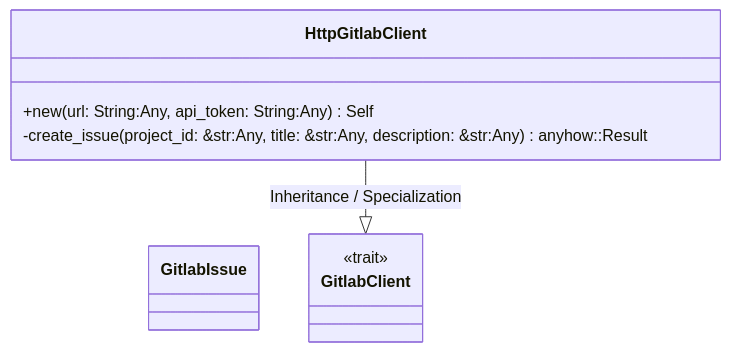
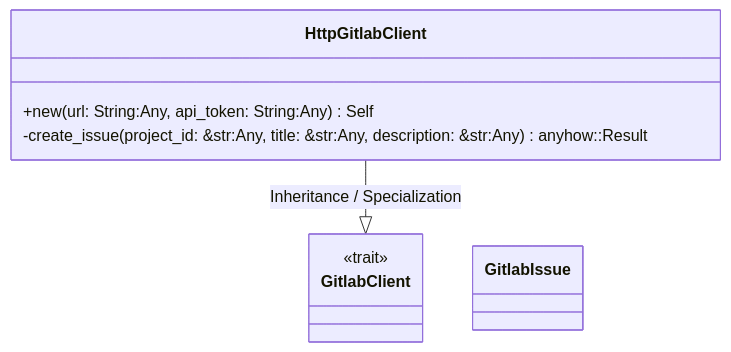
The first of 2 diagrams in openwiki/crates_factory-infrastructure_src_gitlab_rs.md (lgcorzo/rust_CACD_autonomous_factory), drawn with Mermaid before and after one commit. The commit also changed other lines of this file and 78 other files, not shown here.

````diff
--- a/openwiki/crates_factory-infrastructure_src_gitlab_rs.md
+++ b/openwiki/crates_factory-infrastructure_src_gitlab_rs.md
@@ -140,15 +140,15 @@
 ```mermaid
 classDiagram
     direction BT
-    class GitlabIssue {
-    }
     class GitlabClient {
         <<trait>>
+    }
+    class GitlabIssue {
     }
     class HttpGitlabClient {
         +new(url: String:Any, api_token: String:Any) Self
         -create_issue(project_id: &str:Any, title: &str:Any, description: &str:Any) anyhow::Result<GitlabIssue>
     }
     GitlabClient <|-- HttpGitlabClient : Inheritance / Specialization
 
 ```
````
